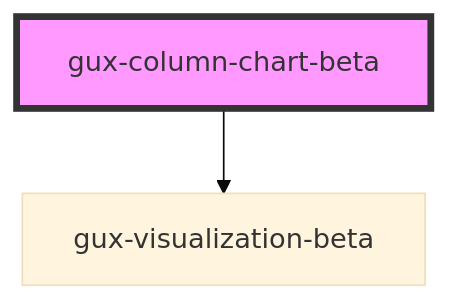
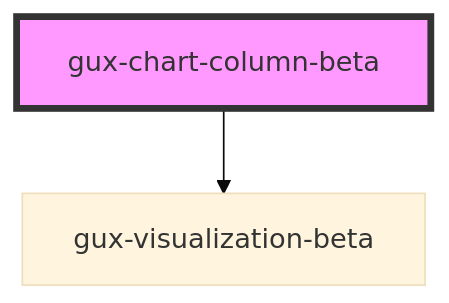
The diagram in src/components/beta/gux-chart-column/readme.md (MyPureCloud/genesys-spark), drawn with Mermaid (base theme) before and after one commit. The commit also changed other lines of this file and 7 other files, not shown here.

Commit message:
feat(gux-chart): extract defaults, throw errors without required fields, extract colors, examples

````diff
--- a/src/components/beta/gux-chart-column/readme.md
+++ b/src/components/beta/gux-chart-column/readme.md
@@ -32,5 +35,5 @@
 ```mermaid
 graph TD;
-  gux-column-chart-beta --> gux-visualization-beta
-  style gux-column-chart-beta fill:#f9f,stroke:#333,stroke-width:4px
+  gux-chart-column-beta --> gux-visualization-beta
+  style gux-chart-column-beta fill:#f9f,stroke:#333,stroke-width:4px
 ```
````
